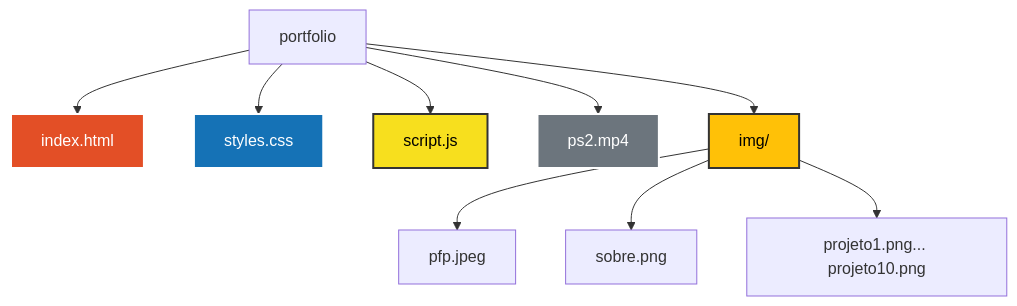
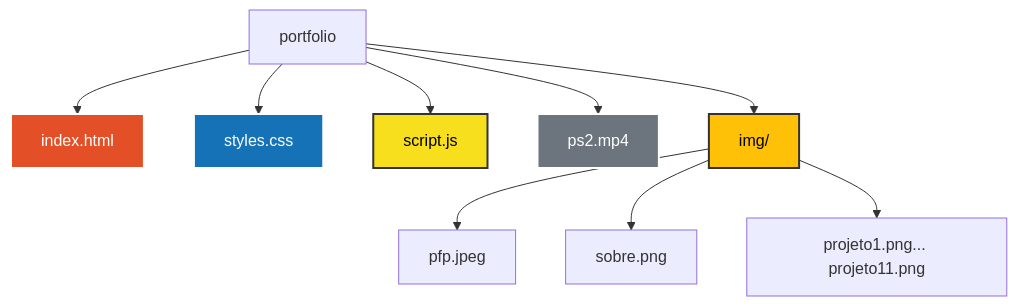
The diagram in README.md (AliceSilva2012/portfolio), drawn with Mermaid before and after one commit.

Commit message:
Update image reference from projeto10 to projeto11

````diff
--- a/README.md
+++ b/README.md
@@ -82,17 +82,17 @@
 ```mermaid
 graph TD
     A[portfolio] --> B[index.html]
     A --> C[styles.css]
     A --> D[script.js]
     A --> E[ps2.mp4]
     A --> F[img/]
     F --> G[pfp.jpeg]
     F --> H[sobre.png]
-    F --> I[projeto1.png... projeto10.png]
+    F --> I[projeto1.png... projeto11.png]
 
     style B fill:#e34f26,stroke:#fff,stroke-width:2px,color:#fff
     style C fill:#1572b6,stroke:#fff,stroke-width:2px,color:#fff
     style D fill:#f7df1e,stroke:#333,stroke-width:2px,color:#000
     style E fill:#6c757d,stroke:#fff,stroke-width:2px,color:#fff
     style F fill:#ffc107,stroke:#333,stroke-width:2px,color:#000
 ```
````
